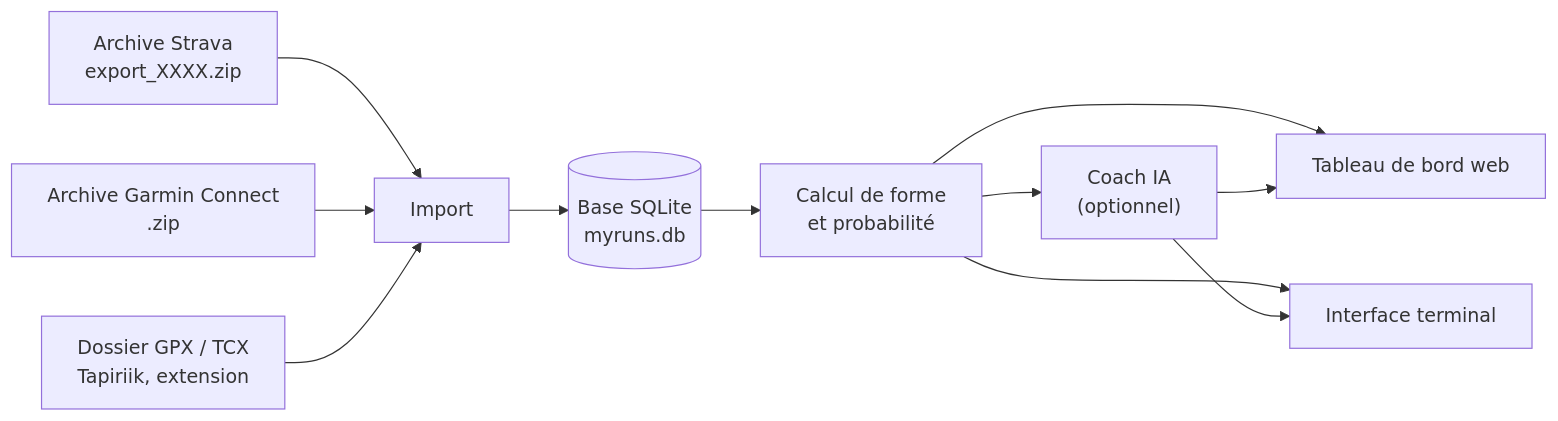
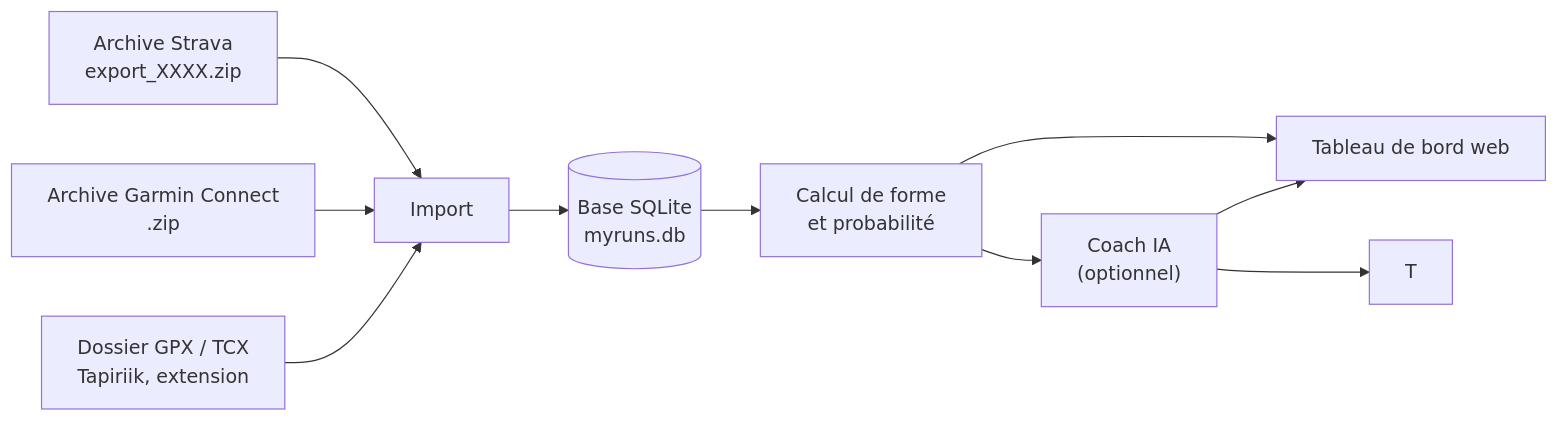
Before and after one commit to stloc/myruns: the diagram in doc_bookstack.md, drawn with Mermaid. The commit also changed other lines of this file and 9 other files, not shown here.

Commit message:
Suppression de l'interface terminal (symfony/tui)

````diff
--- a/doc_bookstack.md
+++ b/doc_bookstack.md
@@ -64,13 +62,12 @@
 ```mermaid
 flowchart LR
     A["Archive Strava<br/>export_XXXX.zip"] --> I["Import"]
     G["Archive Garmin Connect<br/>.zip"] --> I
     B["Dossier GPX / TCX<br/>Tapiriik, extension"] --> I
     I --> S[("Base SQLite<br/>myruns.db")]
     S --> P["Calcul de forme<br/>et probabilité"]
     P --> W["Tableau de bord web"]
-    P --> T["Interface terminal"]
     P --> C["Coach IA<br/>(optionnel)"]
     C --> W
     C --> T
 ```
````
